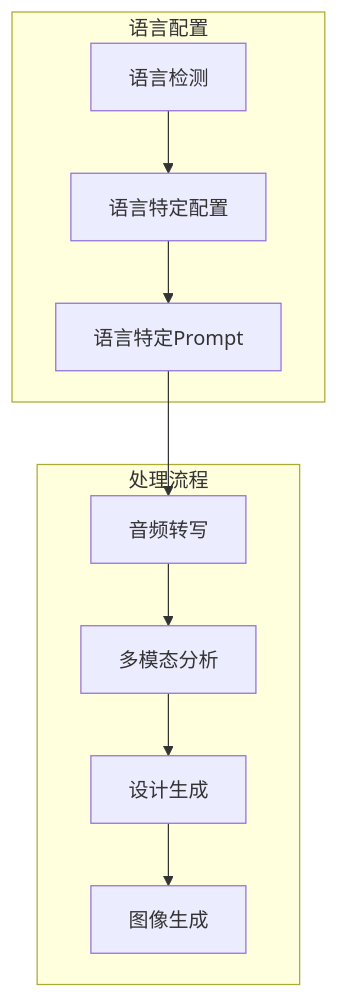
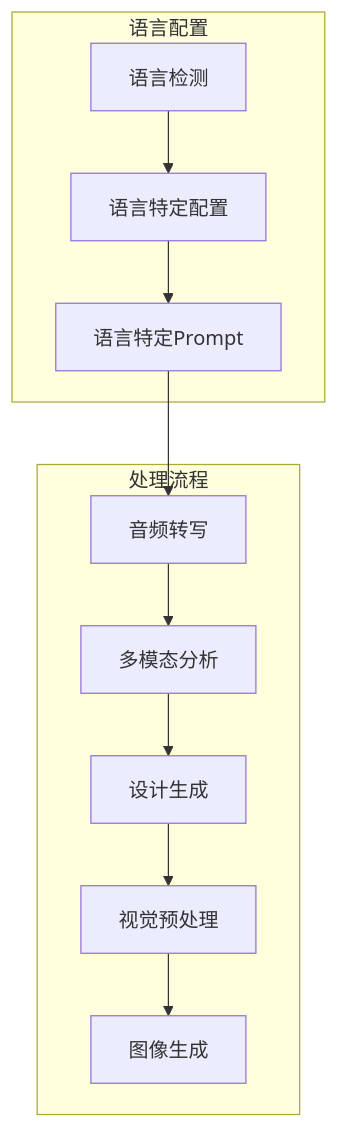
One commit to WongMingJiu/landingpage-test-hero-page changed diagram 17 of 18 in .qoder/repowiki/zh/content/配置和定制/配置和定制.md. Above: the diagram before and after it, drawn with Mermaid. The commit also changed other lines of this file and 7 other files, not shown here.

````diff
--- a/.qoder/repowiki/zh/content/配置和定制/配置和定制.md
+++ b/.qoder/repowiki/zh/content/配置和定制/配置和定制.md
@@ -731,20 +851,22 @@
 ```mermaid
 graph TB
 subgraph "语言配置"
 LangDetect[语言检测]
 LangConfig[语言特定配置]
 LangPrompt[语言特定Prompt]
 end
 subgraph "处理流程"
 Transcribe[音频转写]
 Analyze[多模态分析]
 Generate[设计生成]
+VisualPreprocess[视觉预处理]
 GenerateImage[图像生成]
 end
 LangDetect --> LangConfig
 LangConfig --> LangPrompt
 LangPrompt --> Transcribe
 Transcribe --> Analyze
 Analyze --> Generate
-Generate --> GenerateImage
+Generate --> VisualPreprocess
+VisualPreprocess --> GenerateImage
 ```
````
